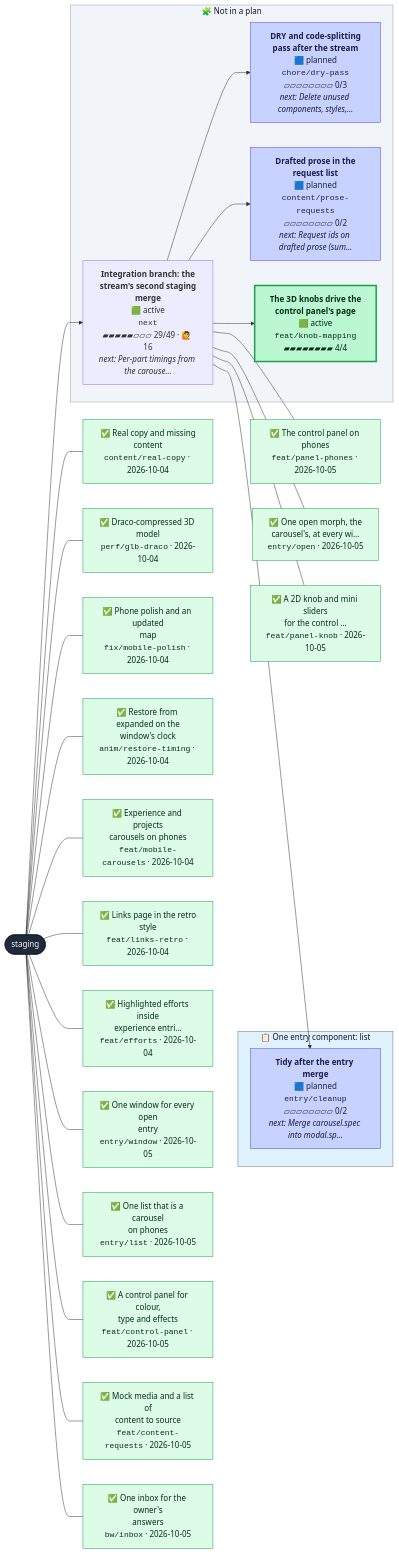
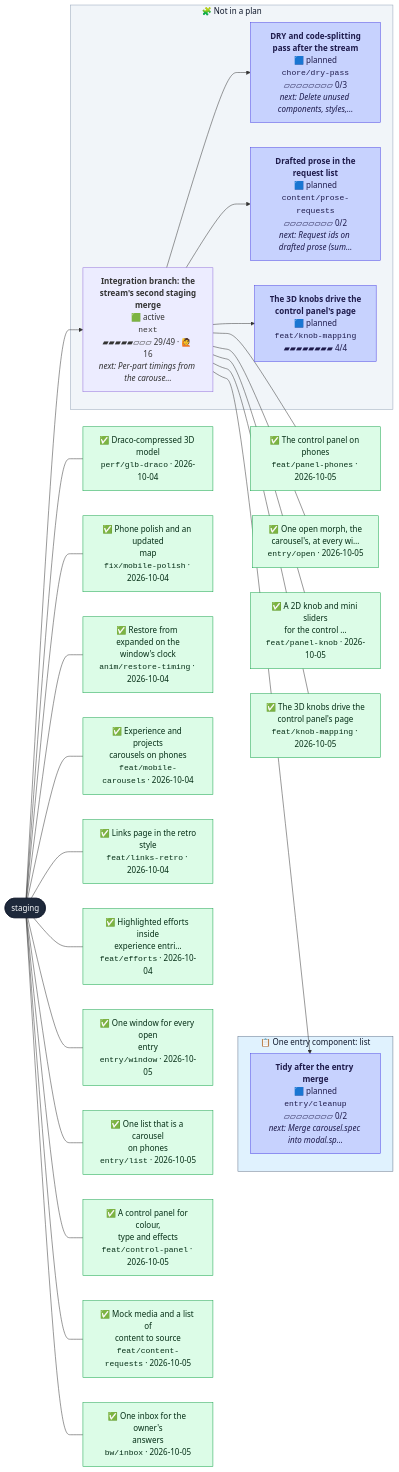
One commit to henryjonescodes/portfolio changed the second of 2 diagrams in CONTRIBUTING.md. Above: the diagram before and after it, drawn with Mermaid. The commit also changed other lines of this file, not shown here.

````diff
--- a/CONTRIBUTING.md
+++ b/CONTRIBUTING.md
@@ -66,80 +66,80 @@
 ```mermaid
 flowchart LR
   n_staging([staging])
   class n_staging trunk
   subgraph plan_0["📋 One entry component: list"]
     n_entry_cleanup["<b>Tidy after the entry merge</b><br/>🟦 planned<br/><code>entry/cleanup</code><br/>▱▱▱▱▱▱▱▱ 0/2<br/><i>next: Merge carousel.spec into modal.sp…</i>"]
     class n_entry_cleanup planned
   end
   style plan_0 fill:#e0f2fe,stroke:#64748b,color:#0f172a
   subgraph loose["🧩 Not in a plan"]
     n_chore_dry_pass["<b>DRY and code-splitting<br/>pass after the stream</b><br/>🟦 planned<br/><code>chore/dry-pass</code><br/>▱▱▱▱▱▱▱▱ 0/3<br/><i>next: Delete unused components, styles,…</i>"]
     class n_chore_dry_pass planned
     n_content_prose_requests["<b>Drafted prose in the<br/>request list</b><br/>🟦 planned<br/><code>content/prose-requests</code><br/>▱▱▱▱▱▱▱▱ 0/2<br/><i>next: Request ids on drafted prose (sum…</i>"]
     class n_content_prose_requests planned
-    n_feat_knob_mapping["<b>The 3D knobs drive the<br/>control panel's page</b><br/>🟩 active<br/><code>feat/knob-mapping</code><br/>▰▰▰▰▰▰▰▰ 4/4"]
-    class n_feat_knob_mapping active
+    n_feat_knob_mapping["<b>The 3D knobs drive the<br/>control panel's page</b><br/>🟦 planned<br/><code>feat/knob-mapping</code><br/>▰▰▰▰▰▰▰▰ 4/4"]
+    class n_feat_knob_mapping planned
     n_next["<b>Integration branch: the<br/>stream's second staging<br/>merge</b><br/>🟩 active<br/><code>next</code><br/>▰▰▰▰▰▱▱▱ 29/49 · 🙋 16<br/><i>next: Per-part timings from the carouse…</i>"]
     class n_next active,current
   end
   style loose fill:#f1f5f9,stroke:#94a3b8,color:#0f172a
   n_next --> n_chore_dry_pass
   n_next --> n_content_prose_requests
   n_next --> n_entry_cleanup
   n_next --> n_feat_knob_mapping
   n_staging --> n_next
-  landed_0["✅ Real copy and missing<br/>content<br/><code>content/real-copy</code> · 2026-10-04"]
+  landed_0["✅ Draco-compressed 3D model<br/><code>perf/glb-draco</code> · 2026-10-04"]
   class landed_0 merged
   n_staging --- landed_0
-  landed_1["✅ Draco-compressed 3D model<br/><code>perf/glb-draco</code> · 2026-10-04"]
+  landed_1["✅ Phone polish and an updated<br/>map<br/><code>fix/mobile-polish</code> · 2026-10-04"]
   class landed_1 merged
   n_staging --- landed_1
-  landed_2["✅ Phone polish and an updated<br/>map<br/><code>fix/mobile-polish</code> · 2026-10-04"]
+  landed_2["✅ Restore from expanded on the<br/>window's clock<br/><code>anim/restore-timing</code> · 2026-10-04"]
   class landed_2 merged
   n_staging --- landed_2
-  landed_3["✅ Restore from expanded on the<br/>window's clock<br/><code>anim/restore-timing</code> · 2026-10-04"]
+  landed_3["✅ Experience and projects<br/>carousels on phones<br/><code>feat/mobile-carousels</code> · 2026-10-04"]
   class landed_3 merged
   n_staging --- landed_3
-  landed_4["✅ Experience and projects<br/>carousels on phones<br/><code>feat/mobile-carousels</code> · 2026-10-04"]
+  landed_4["✅ Links page in the retro<br/>style<br/><code>feat/links-retro</code> · 2026-10-04"]
   class landed_4 merged
   n_staging --- landed_4
-  landed_5["✅ Links page in the retro<br/>style<br/><code>feat/links-retro</code> · 2026-10-04"]
+  landed_5["✅ Highlighted efforts inside<br/>experience entri…<br/><code>feat/efforts</code> · 2026-10-04"]
   class landed_5 merged
   n_staging --- landed_5
-  landed_6["✅ Highlighted efforts inside<br/>experience entri…<br/><code>feat/efforts</code> · 2026-10-04"]
+  landed_6["✅ One window for every open<br/>entry<br/><code>entry/window</code> · 2026-10-05"]
   class landed_6 merged
   n_staging --- landed_6
-  landed_7["✅ One window for every open<br/>entry<br/><code>entry/window</code> · 2026-10-05"]
+  landed_7["✅ One list that is a carousel<br/>on phones<br/><code>entry/list</code> · 2026-10-05"]
   class landed_7 merged
   n_staging --- landed_7
-  landed_8["✅ One list that is a carousel<br/>on phones<br/><code>entry/list</code> · 2026-10-05"]
+  landed_8["✅ A control panel for colour,<br/>type and effects<br/><code>feat/control-panel</code> · 2026-10-05"]
   class landed_8 merged
   n_staging --- landed_8
-  landed_9["✅ A control panel for colour,<br/>type and effects<br/><code>feat/control-panel</code> · 2026-10-05"]
+  landed_9["✅ Mock media and a list of<br/>content to source<br/><code>feat/content-requests</code> · 2026-10-05"]
   class landed_9 merged
   n_staging --- landed_9
-  landed_10["✅ Mock media and a list of<br/>content to source<br/><code>feat/content-requests</code> · 2026-10-05"]
+  landed_10["✅ One inbox for the owner's<br/>answers<br/><code>bw/inbox</code> · 2026-10-05"]
   class landed_10 merged
   n_staging --- landed_10
-  landed_11["✅ One inbox for the owner's<br/>answers<br/><code>bw/inbox</code> · 2026-10-05"]
+  landed_11["✅ The control panel on phones<br/><code>feat/panel-phones</code> · 2026-10-05"]
   class landed_11 merged
-  n_staging --- landed_11
-  landed_12["✅ The control panel on phones<br/><code>feat/panel-phones</code> · 2026-10-05"]
+  n_next --- landed_11
+  landed_12["✅ One open morph, the<br/>carousel's, at every wi…<br/><code>entry/open</code> · 2026-10-05"]
   class landed_12 merged
   n_next --- landed_12
-  landed_13["✅ One open morph, the<br/>carousel's, at every wi…<br/><code>entry/open</code> · 2026-10-05"]
+  landed_13["✅ A 2D knob and mini sliders<br/>for the control …<br/><code>feat/panel-knob</code> · 2026-10-05"]
   class landed_13 merged
   n_next --- landed_13
-  landed_14["✅ A 2D knob and mini sliders<br/>for the control …<br/><code>feat/panel-knob</code> · 2026-10-05"]
+  landed_14["✅ The 3D knobs drive the<br/>control panel's page<br/><code>feat/knob-mapping</code> · 2026-10-05"]
   class landed_14 merged
   n_next --- landed_14
   classDef merged fill:#dcfce7,stroke:#16a34a,color:#052e16
   classDef todo fill:#ffffff,stroke:#94a3b8,stroke-dasharray:2 2,color:#334155
   classDef planned fill:#c7d2fe,stroke:#4f46e5,color:#1e1b4b
   classDef sketched fill:#f8fafc,stroke:#64748b,stroke-dasharray:4 3,color:#334155
   classDef active fill:#bbf7d0,stroke:#16a34a,stroke-width:3px,color:#052e16
   classDef review fill:#fde68a,stroke:#d97706,stroke-width:3px,color:#451a03
   classDef blocked fill:#fecaca,stroke:#dc2626,stroke-width:3px,color:#450a0a
   classDef trunk fill:#1e293b,stroke:#0f172a,color:#f8fafc
   classDef current stroke:#0ea5e9,stroke-width:5px
 ```
````
